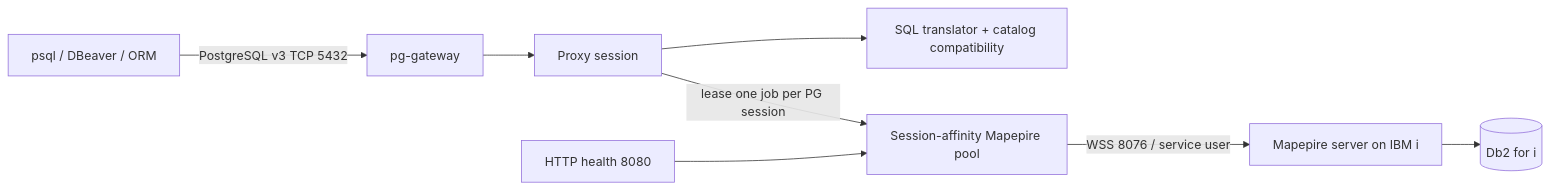
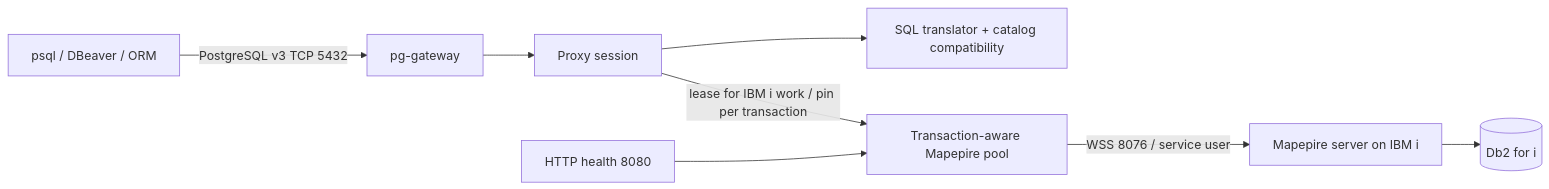
The diagram in README.md (NicolaeCh/postgres-mapepire-proxy), drawn with Mermaid before and after one commit. The commit also changed other lines of this file and 33 other files, not shown here.

````diff
--- a/README.md
+++ b/README.md
@@ -16,10 +16,10 @@
 ```mermaid
 flowchart LR
   C[psql / DBeaver / ORM] -->|PostgreSQL v3 TCP 5432| G[pg-gateway]
   G --> S[Proxy session]
   S --> T[SQL translator + catalog compatibility]
-  S -->|lease one job per PG session| P[Session-affinity Mapepire pool]
+  S -->|lease for IBM i work / pin per transaction| P[Transaction-aware Mapepire pool]
   P -->|WSS 8076 / service user| M[Mapepire server on IBM i]
   M --> D[(Db2 for i)]
   H[HTTP health 8080] --> P
 ```
````
